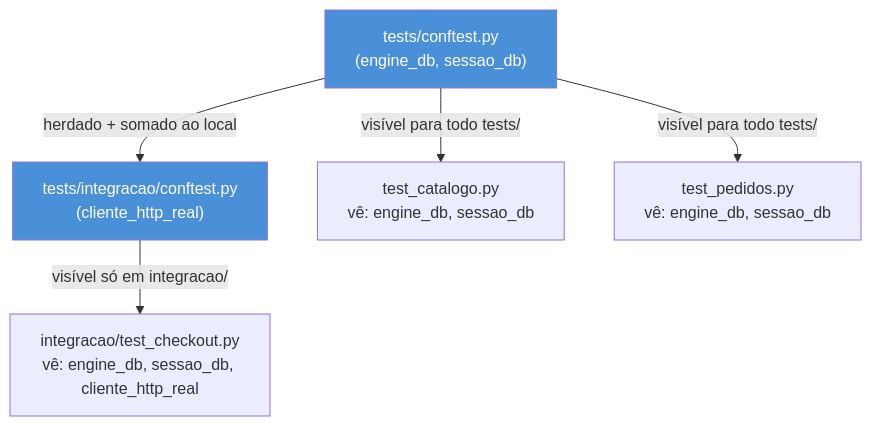
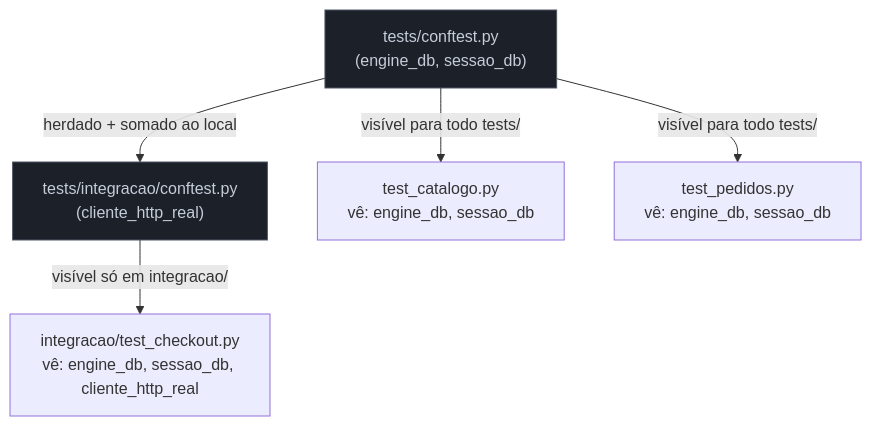
The third of 3 diagrams in 03-Dominios/Tecnologia/Python/Testes/02 - Fixtures — escopos, yield e conftest.py.md (josenaldo/codex-technomanticus), drawn with Mermaid before and after one commit. The commit also changed other lines of this file and 1181 other files, not shown here.

First line of the commit message:
fix(diagramas): paleta do sistema no lugar de cor cravada no markdown

````diff
--- a/03-Dominios/Tecnologia/Python/Testes/02 - Fixtures — escopos, yield e conftest.py.md
+++ b/03-Dominios/Tecnologia/Python/Testes/02 - Fixtures — escopos, yield e conftest.py.md
@@ -334,17 +337,18 @@
 ```mermaid
 flowchart TB
+    classDef neutro fill:#1B2029,stroke:#4E5666,color:#C6CCD8
     C1["tests/conftest.py\n(engine_db, sessao_db)"]
     C2["tests/integracao/conftest.py\n(cliente_http_real)"]
 
     T1["test_catalogo.py\nvê: engine_db, sessao_db"]
     T2["test_pedidos.py\nvê: engine_db, sessao_db"]
     T3["integracao/test_checkout.py\nvê: engine_db, sessao_db, cliente_http_real"]
 
     C1 -->|"visível para todo tests/"| T1
     C1 -->|"visível para todo tests/"| T2
     C1 -->|"herdado + somado ao local"| C2
     C2 -->|"visível só em integracao/"| T3
 
-    style C1 fill:#4A90D9,color:#fff
-    style C2 fill:#4A90D9,color:#fff
+    class C1 neutro
+    class C2 neutro
 ```
````
